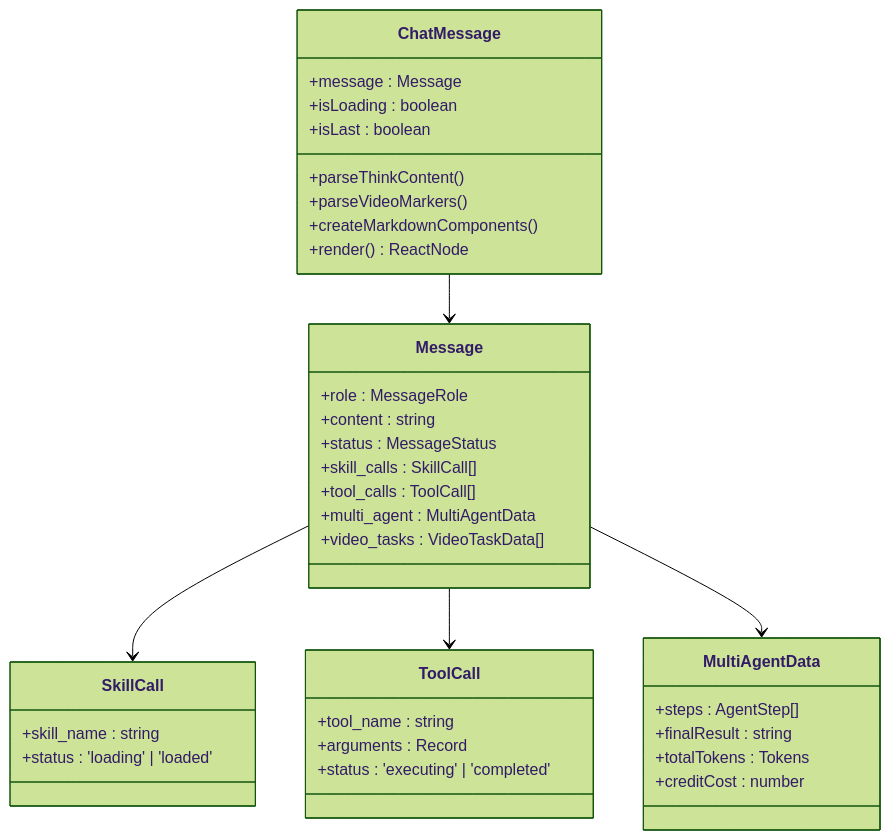
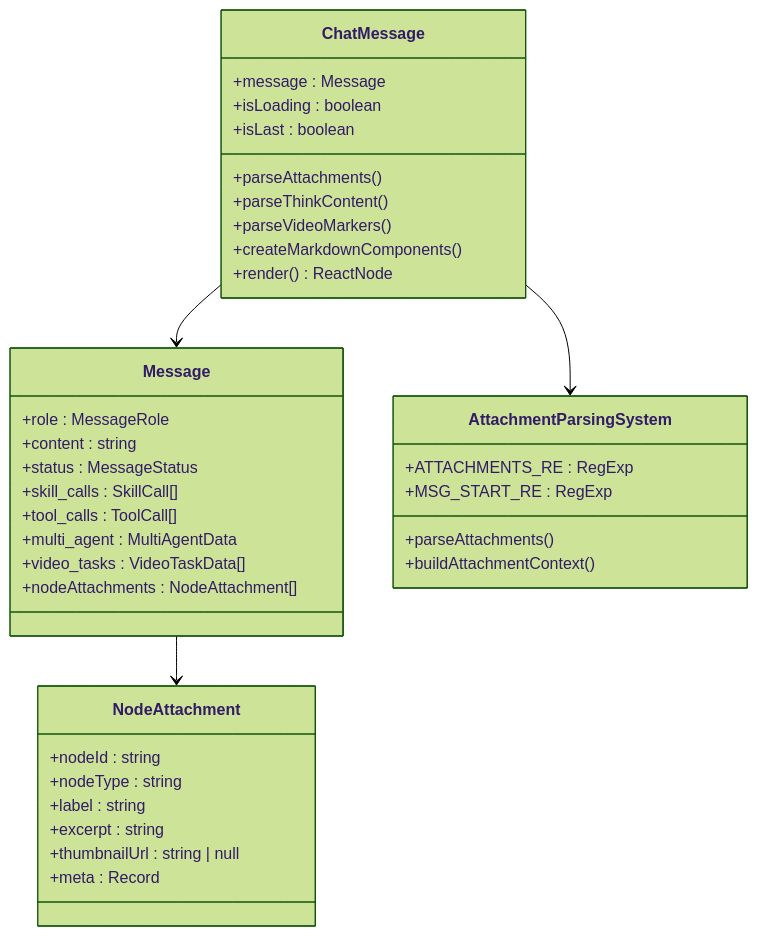
One commit to KunLabAI/KunFlix changed the third of 13 diagrams in .qoder/repowiki/zh/content/Chat Message Enhancement.md. Above: the diagram before and after it, drawn with Mermaid (forest theme). The commit also changed other lines of this file and 14 other files, not shown here.

````diff
--- a/.qoder/repowiki/zh/content/Chat Message Enhancement.md
+++ b/.qoder/repowiki/zh/content/Chat Message Enhancement.md
@@ -144,40 +174,40 @@
 ```mermaid
 classDiagram
 class ChatMessage {
 +message : Message
 +isLoading : boolean
 +isLast : boolean
++parseAttachments()
 +parseThinkContent()
 +parseVideoMarkers()
 +createMarkdownComponents()
 +render() ReactNode
 }
 class Message {
 +role : MessageRole
 +content : string
 +status : MessageStatus
 +skill_calls : SkillCall[]
 +tool_calls : ToolCall[]
 +multi_agent : MultiAgentData
 +video_tasks : VideoTaskData[]
++nodeAttachments : NodeAttachment[]
 }
-class SkillCall {
-+skill_name : string
-+status : 'loading' | 'loaded'
+class NodeAttachment {
++nodeId : string
++nodeType : string
++label : string
++excerpt : string
++thumbnailUrl : string | null
++meta : Record
 }
-class ToolCall {
-+tool_name : string
-+arguments : Record
-+status : 'executing' | 'completed'
-}
-class MultiAgentData {
-+steps : AgentStep[]
-+finalResult : string
-+totalTokens : Tokens
-+creditCost : number
+class AttachmentParsingSystem {
++ATTACHMENTS_RE : RegExp
++MSG_START_RE : RegExp
++parseAttachments()
++buildAttachmentContext()
 }
 ChatMessage --> Message
-Message --> SkillCall
-Message --> ToolCall
-Message --> MultiAgentData
+Message --> NodeAttachment
+ChatMessage --> AttachmentParsingSystem
 ```
````
